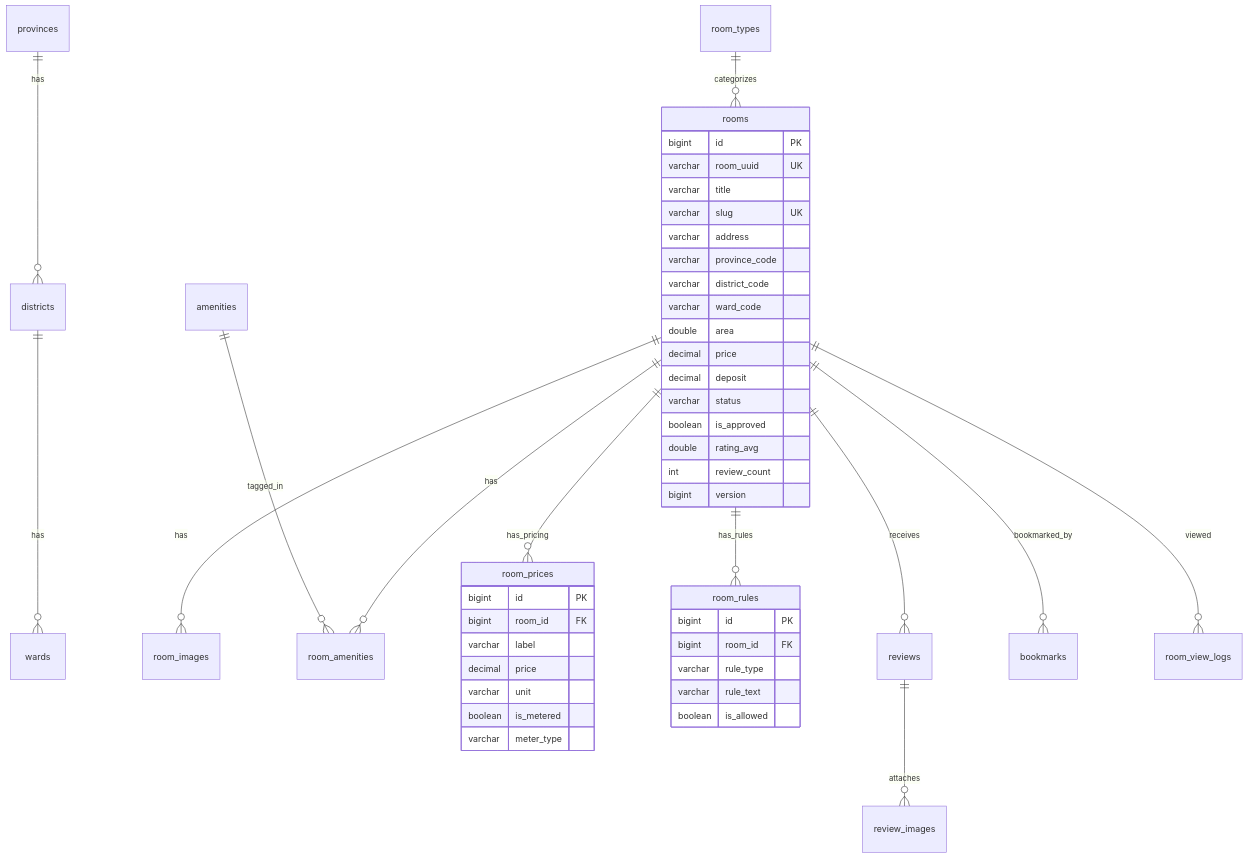
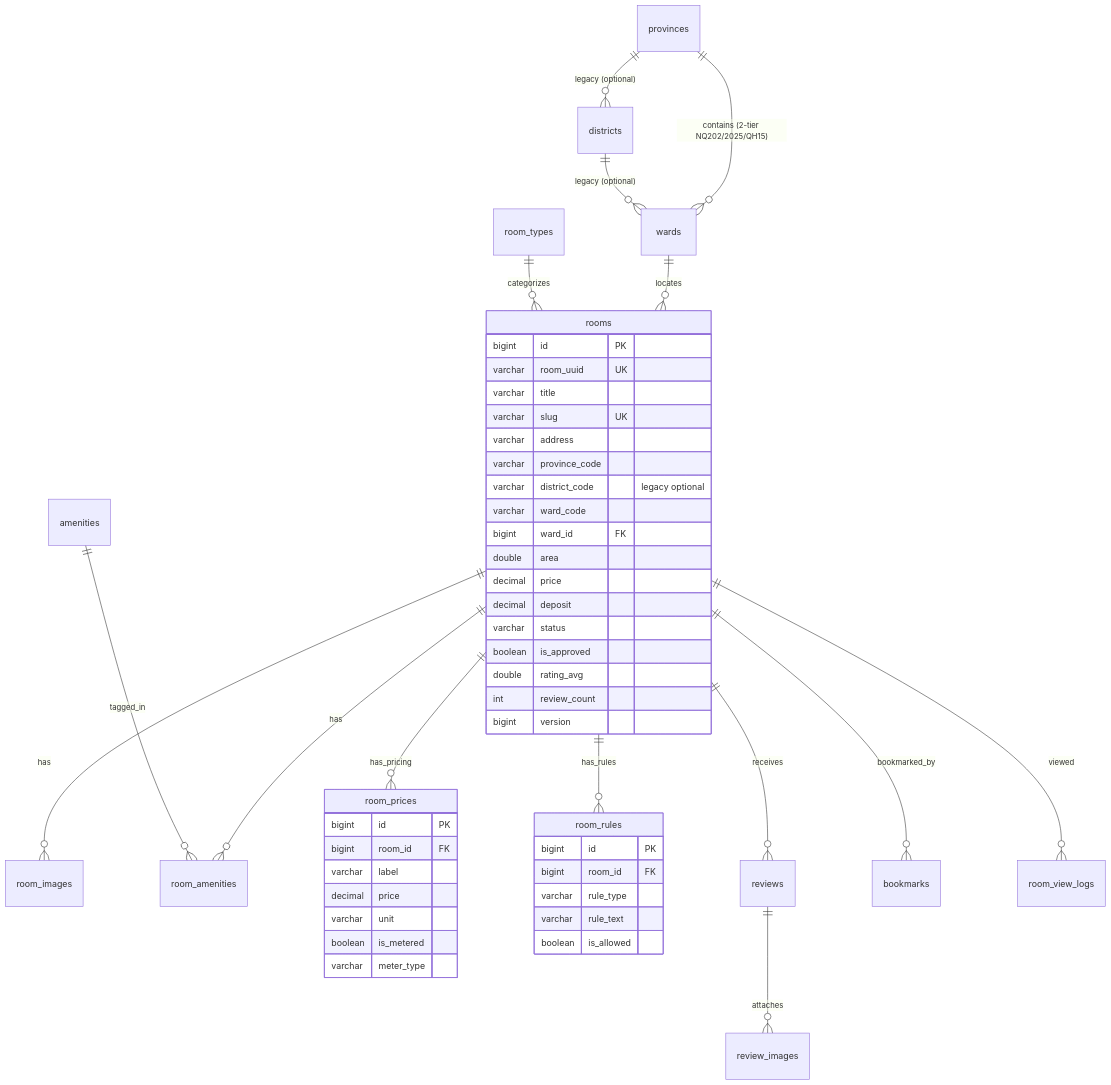
The diagram in docs/erd/LISTING_ERD.md (ChongChi-hub/accommodation-service), drawn with Mermaid before and after one commit. The commit also changed 21 other files, not shown here.

````diff
--- a/docs/erd/LISTING_ERD.md
+++ b/docs/erd/LISTING_ERD.md
@@ -3,52 +3,55 @@
 ```mermaid
 erDiagram
-    provinces ||--o{ districts : "has"
-    districts ||--o{ wards : "has"
+    provinces ||--o{ wards : "contains (2-tier NQ202/2025/QH15)"
+    provinces ||--o{ districts : "legacy (optional)"
+    districts ||--o{ wards : "legacy (optional)"
+    wards ||--o{ rooms : "locates"
     room_types ||--o{ rooms : "categorizes"
     rooms ||--o{ room_images : "has"
     rooms ||--o{ room_amenities : "has"
     amenities ||--o{ room_amenities : "tagged_in"
     rooms ||--o{ room_prices : "has_pricing"
     rooms ||--o{ room_rules : "has_rules"
     rooms ||--o{ reviews : "receives"
     reviews ||--o{ review_images : "attaches"
     rooms ||--o{ bookmarks : "bookmarked_by"
     rooms ||--o{ room_view_logs : "viewed"
 
     rooms {
         bigint id PK
         varchar room_uuid UK
         varchar title
         varchar slug UK
         varchar address
         varchar province_code
-        varchar district_code
+        varchar district_code "legacy optional"
         varchar ward_code
+        bigint ward_id FK
         double area
         decimal price
         decimal deposit
         varchar status
         boolean is_approved
         double rating_avg
         int review_count
         bigint version
     }
 
     room_prices {
         bigint id PK
         bigint room_id FK
         varchar label
         decimal price
         varchar unit
         boolean is_metered
         varchar meter_type
     }
 
     room_rules {
         bigint id PK
         bigint room_id FK
         varchar rule_type
         varchar rule_text
         boolean is_allowed
     }
 ```
````
